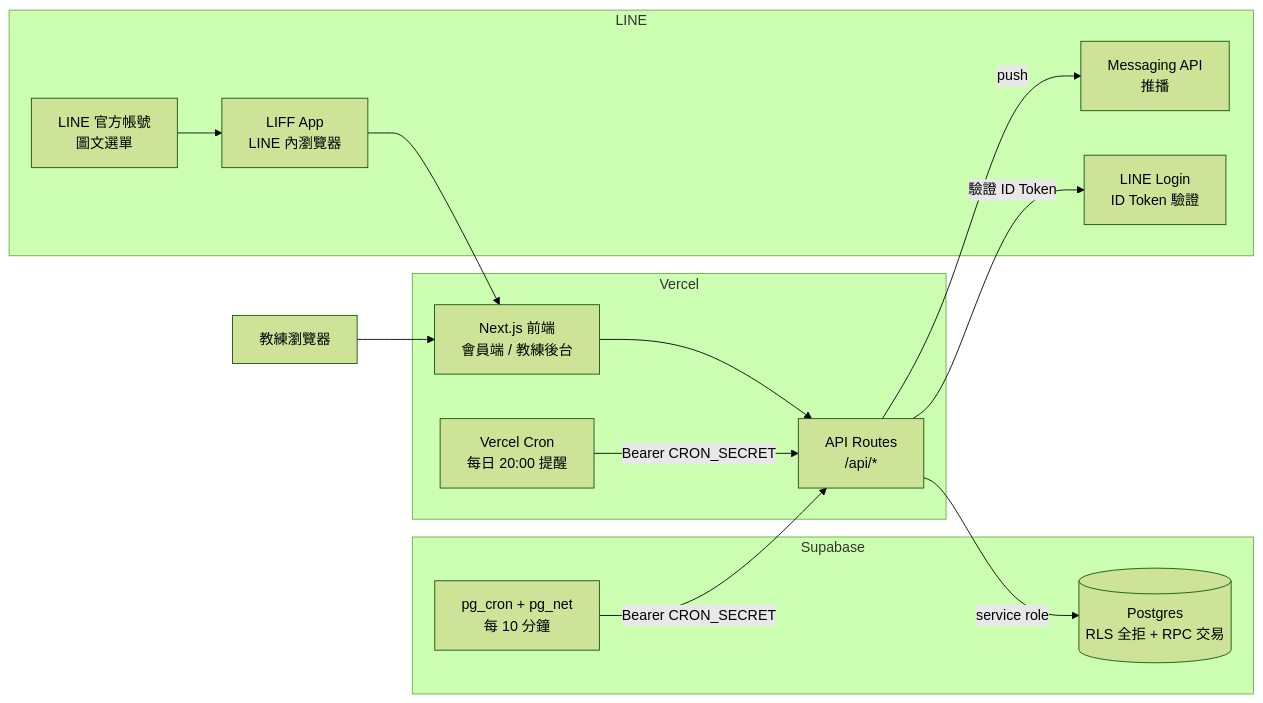
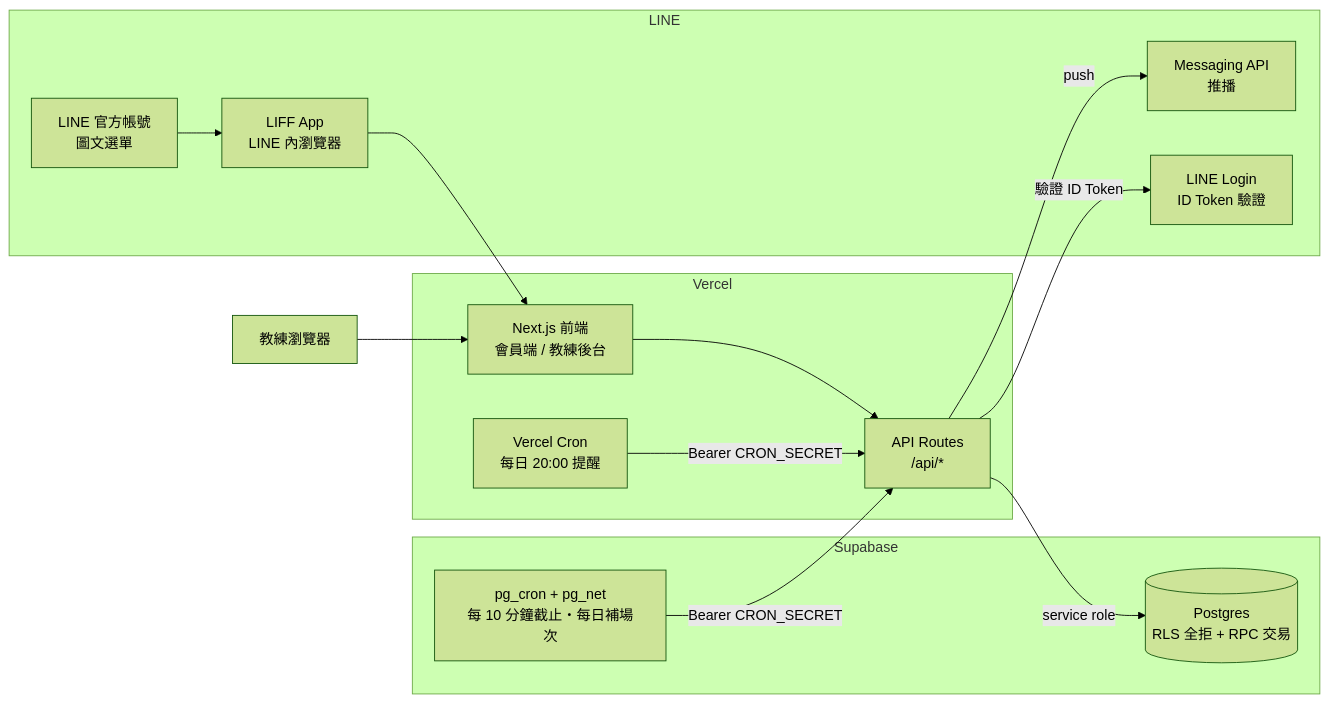
Before and after one commit to AFKsteamED/dojo-booking-system: the first of 3 diagrams in docs/ARCHITECTURE.md, drawn with Mermaid (forest theme). The commit also changed other lines of this file and 2 other files, not shown here.

````diff
--- a/docs/ARCHITECTURE.md
+++ b/docs/ARCHITECTURE.md
@@ -10,24 +10,24 @@
 ```mermaid
 flowchart LR
   subgraph LINE
     OA[LINE 官方帳號<br/>圖文選單] --> LIFF[LIFF App<br/>LINE 內瀏覽器]
     MAPI[Messaging API<br/>推播]
     LOGIN[LINE Login<br/>ID Token 驗證]
   end
   subgraph Vercel
     FE[Next.js 前端<br/>會員端 / 教練後台]
     API[API Routes<br/>/api/*]
     VCRON[Vercel Cron<br/>每日 20:00 提醒]
   end
   subgraph Supabase
     DB[(Postgres<br/>RLS 全拒 + RPC 交易)]
-    PGCRON[pg_cron + pg_net<br/>每 10 分鐘]
+    PGCRON[pg_cron + pg_net<br/>每 10 分鐘截止・每日補場次]
   end
   LIFF --> FE --> API
   API -- 驗證 ID Token --> LOGIN
   API -- service role --> DB
   API -- push --> MAPI
   VCRON -- Bearer CRON_SECRET --> API
   PGCRON -- Bearer CRON_SECRET --> API
   Coach[教練瀏覽器] --> FE
 ```
````
